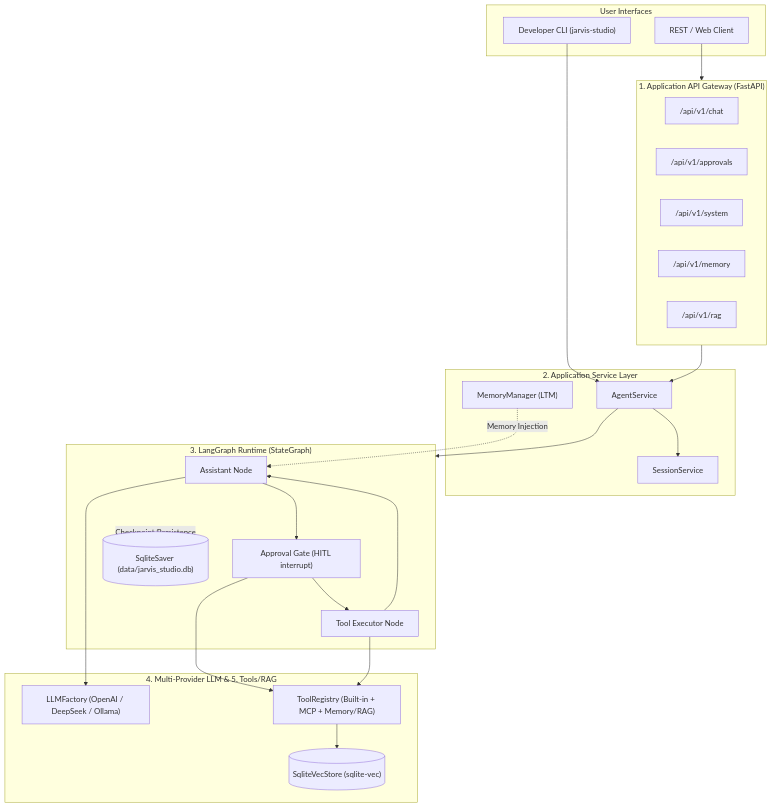
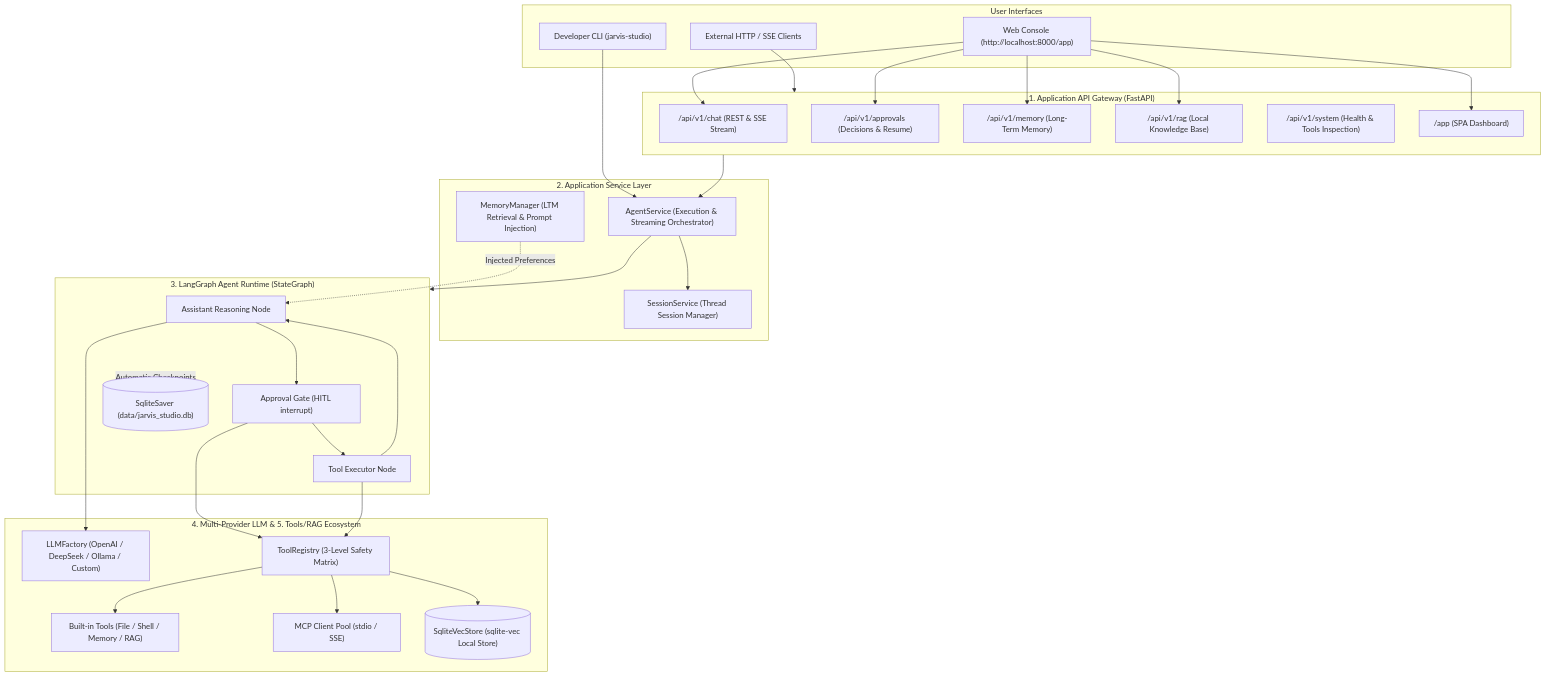
Before and after one commit to theGitForDalibor/JarvisStudio: the first of 2 diagrams in README.en.md, drawn with Mermaid. The commit also changed other lines of this file and 1 other file, not shown here.

````diff
--- a/README.en.md
+++ b/README.en.md
@@ -63,45 +64,51 @@
 ```mermaid
 flowchart TD
     subgraph UI ["User Interfaces"]
         CLI["Developer CLI (jarvis-studio)"]
-        CLIENT["REST / Web Client"]
+        BROWSER["Web Console (http://localhost:8000/app)"]
+        API_CLIENT["External HTTP / SSE Clients"]
     end
 
-    subgraph API ["1. Application API Gateway (FastAPI)"]
-        ENDPOINT_CHAT["/api/v1/chat"]
-        ENDPOINT_APPR["/api/v1/approvals"]
-        ENDPOINT_SYS["/api/v1/system"]
-        ENDPOINT_MEM["/api/v1/memory"]
-        ENDPOINT_RAG["/api/v1/rag"]
+    subgraph GATEWAY ["1. Application API Gateway (FastAPI)"]
+        ENDPOINT_CHAT["/api/v1/chat (REST & SSE Stream)"]
+        ENDPOINT_APPR["/api/v1/approvals (Decisions & Resume)"]
+        ENDPOINT_MEM["/api/v1/memory (Long-Term Memory)"]
+        ENDPOINT_RAG["/api/v1/rag (Local Knowledge Base)"]
+        ENDPOINT_SYS["/api/v1/system (Health & Tools Inspection)"]
+        STATIC_APP["/app (SPA Dashboard)"]
     end
 
-    subgraph SVC ["2. Application Service Layer"]
-        AGENT_SVC["AgentService"]
-        SESS_SVC["SessionService"]
-        MEM_MGR["MemoryManager (LTM)"]
+    subgraph SERVICE ["2. Application Service Layer"]
+        AGENT_SVC["AgentService (Execution & Streaming Orchestrator)"]
+        SESS_SVC["SessionService (Thread Session Manager)"]
+        MEM_MGR["MemoryManager (LTM Retrieval & Prompt Injection)"]
     end
 
-    subgraph RUNTIME ["3. LangGraph Runtime (StateGraph)"]
-        ASST["Assistant Node"]
+    subgraph RUNTIME ["3. LangGraph Agent Runtime (StateGraph)"]
+        ASST["Assistant Reasoning Node"]
         GATE["Approval Gate (HITL interrupt)"]
         EXEC["Tool Executor Node"]
         CHECKPOINTER[("SqliteSaver (data/jarvis_studio.db)")]
     end
 
-    subgraph CORE ["4. Multi-Provider LLM & 5. Tools/RAG"]
-        LLM["LLMFactory (OpenAI / DeepSeek / Ollama)"]
-        REGISTRY["ToolRegistry (Built-in + MCP + Memory/RAG)"]
-        VECSTORE[("SqliteVecStore (sqlite-vec)")]
+    subgraph CORE ["4. Multi-Provider LLM & 5. Tools/RAG Ecosystem"]
+        LLM["LLMFactory (OpenAI / DeepSeek / Ollama / Custom)"]
+        REGISTRY["ToolRegistry (3-Level Safety Matrix)"]
+        BUILTIN["Built-in Tools (File / Shell / Memory / RAG)"]
+        MCP_HUB["MCP Client Pool (stdio / SSE)"]
+        VECSTORE[("SqliteVecStore (sqlite-vec Local Store)")]
     end
 
     CLI --> AGENT_SVC
-    CLIENT --> API --> AGENT_SVC
+    BROWSER --> STATIC_APP & ENDPOINT_CHAT & ENDPOINT_APPR & ENDPOINT_MEM & ENDPOINT_RAG
+    API_CLIENT --> GATEWAY
+    GATEWAY --> AGENT_SVC
     AGENT_SVC --> SESS_SVC
     AGENT_SVC --> RUNTIME
-    MEM_MGR -. Memory Injection .-> ASST
+    MEM_MGR -. Injected Preferences .-> ASST
     ASST --> GATE --> EXEC --> ASST
-    RUNTIME -. Checkpoint Persistence .-> CHECKPOINTER
+    RUNTIME -. Automatic Checkpoints .-> CHECKPOINTER
     ASST --> LLM
     GATE & EXEC --> REGISTRY
-    REGISTRY --> VECSTORE
+    REGISTRY --> BUILTIN & MCP_HUB & VECSTORE
 ```
````
